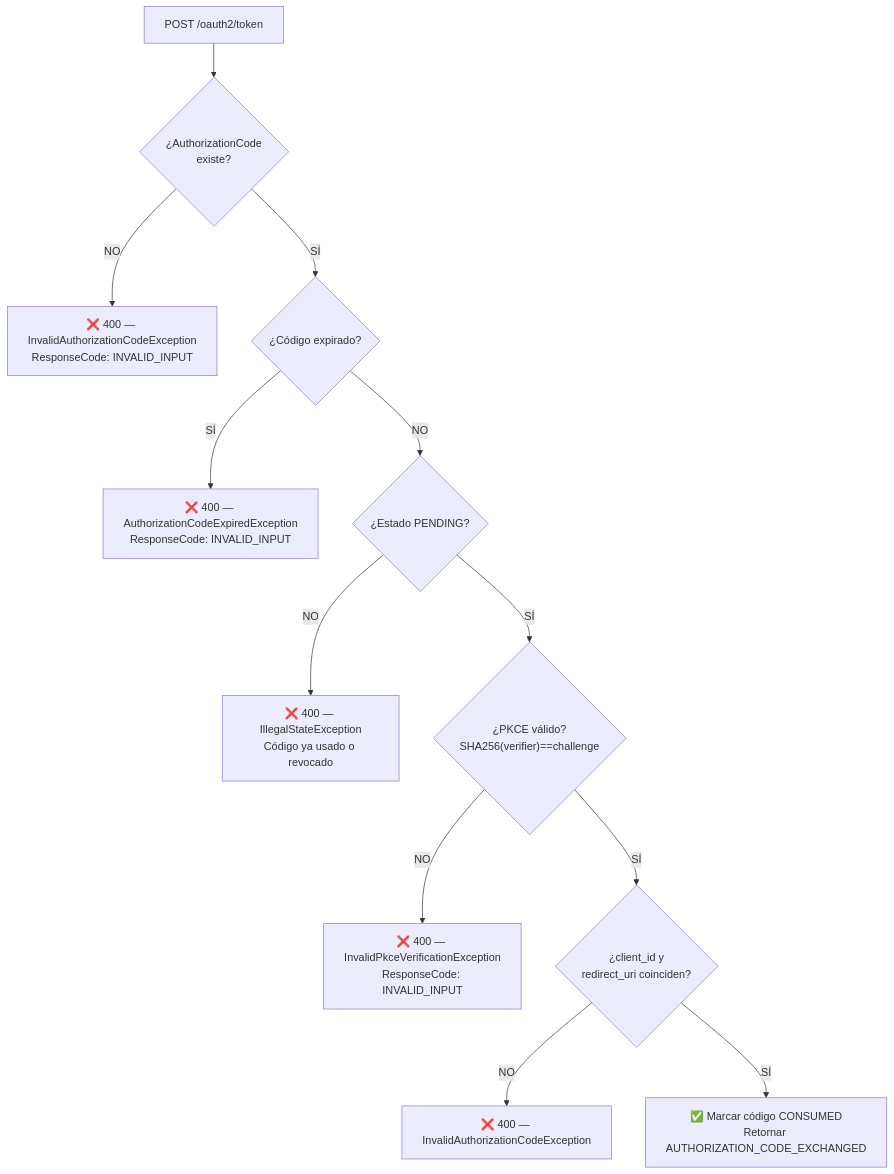
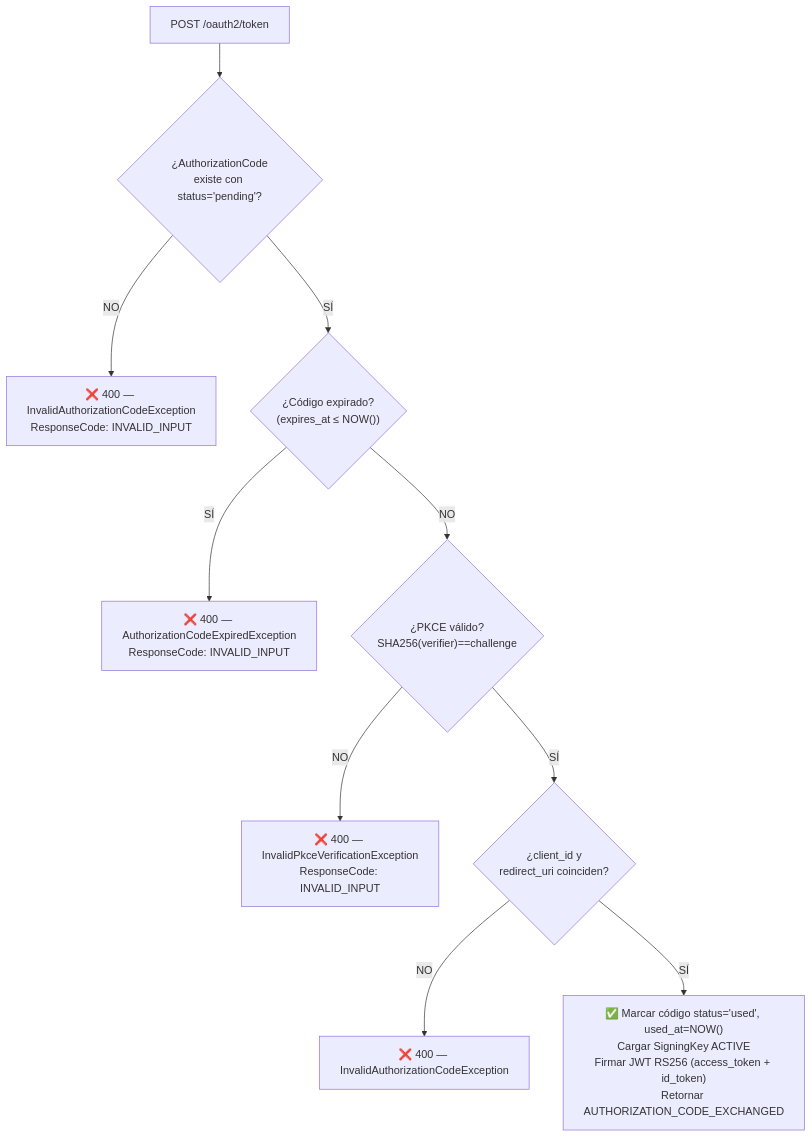
Before and after one commit to cmartinezs/keygo-server: the fifth of 6 diagrams in docs/keygo-server/AUTH_FLOW.md, drawn with Mermaid. The commit also changed other lines of this file and 55 other files, not shown here.

Commit message:
feat(auth): implement JWKS endpoint and related models for JWT signing keys

````diff
--- a/docs/keygo-server/AUTH_FLOW.md
+++ b/docs/keygo-server/AUTH_FLOW.md
@@ -410,14 +415,12 @@
 ```mermaid
 flowchart TD
-    A[POST /oauth2/token] --> B{"¿AuthorizationCode<br/>existe?"}
+    A[POST /oauth2/token] --> B{"¿AuthorizationCode<br/>existe con status='pending'?"}
     B -->|NO| E1["❌ 400 — InvalidAuthorizationCodeException<br/>ResponseCode: INVALID_INPUT"]
-    B -->|SÍ| C{"¿Código expirado?"}
+    B -->|SÍ| C{"¿Código expirado?<br/>(expires_at ≤ NOW())"}
     C -->|SÍ| E2["❌ 400 — AuthorizationCodeExpiredException<br/>ResponseCode: INVALID_INPUT"]
-    C -->|NO| D{"¿Estado PENDING?"}
-    D -->|NO| E3["❌ 400 — IllegalStateException<br/>Código ya usado o revocado"]
-    D -->|SÍ| E{"¿PKCE válido?<br/>SHA256(verifier)==challenge"}
-    E -->|NO| E4["❌ 400 — InvalidPkceVerificationException<br/>ResponseCode: INVALID_INPUT"]
-    E -->|SÍ| F{"¿client_id y<br/>redirect_uri coinciden?"}
+    C -->|NO| D{"¿PKCE válido?<br/>SHA256(verifier)==challenge"}
+    D -->|NO| E4["❌ 400 — InvalidPkceVerificationException<br/>ResponseCode: INVALID_INPUT"]
+    D -->|SÍ| F{"¿client_id y<br/>redirect_uri coinciden?"}
     F -->|NO| E5["❌ 400 — InvalidAuthorizationCodeException"]
-    F -->|SÍ| G["✅ Marcar código CONSUMED<br/>Retornar AUTHORIZATION_CODE_EXCHANGED"]
+    F -->|SÍ| G["✅ Marcar código status='used', used_at=NOW()<br/>Cargar SigningKey ACTIVE<br/>Firmar JWT RS256 (access_token + id_token)<br/>Retornar AUTHORIZATION_CODE_EXCHANGED"]
 ```
````
